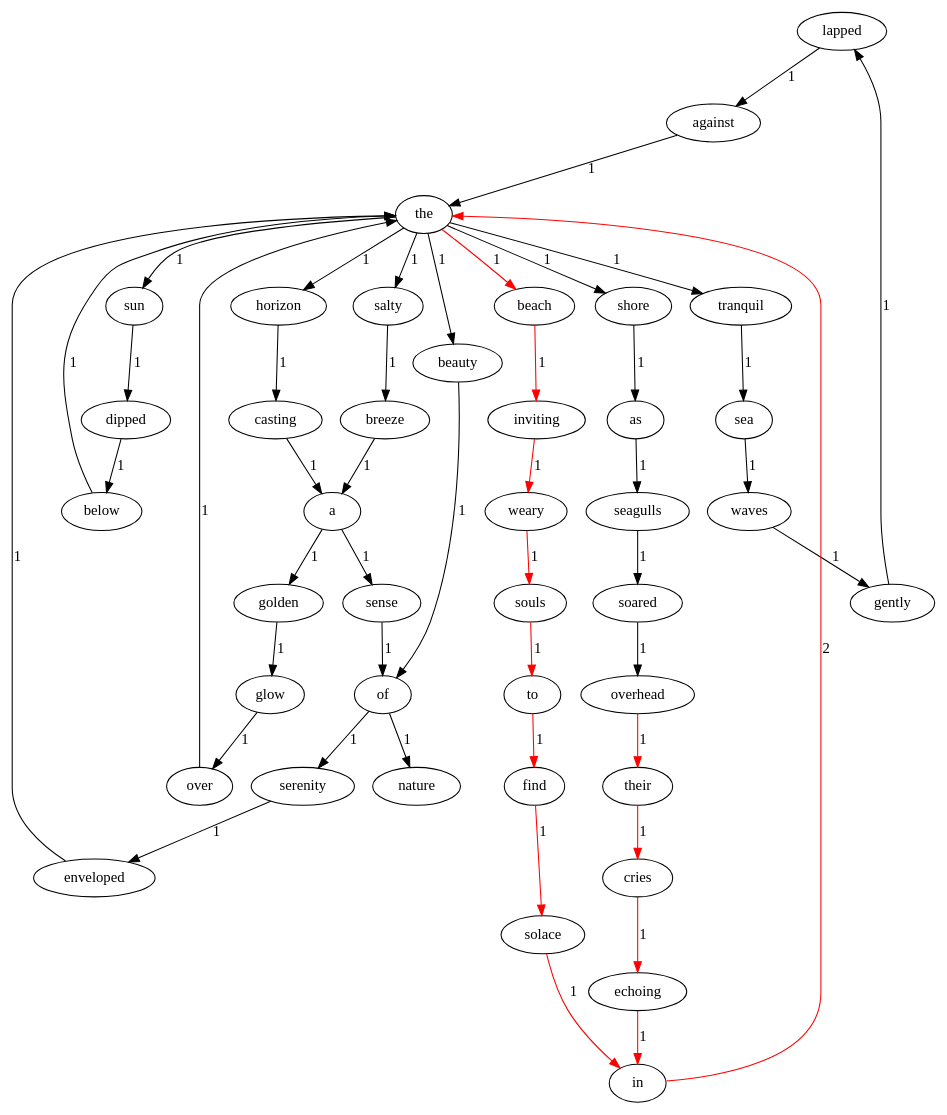
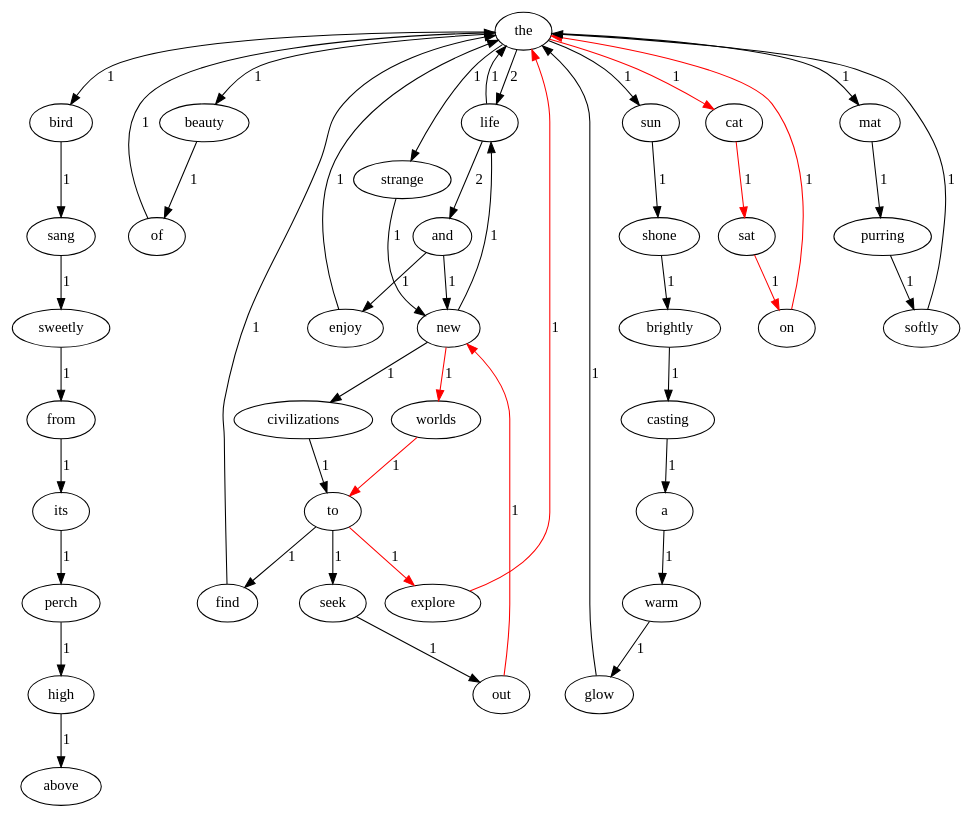
One commit to worldofmathematics/Lab1-2021113314 changed the diagram in result/marked_rand_graph.dot. Above: the diagram before and after it, drawn with Graphviz. The commit also changed 24 other files, not shown here.

```diff
--- a/result/marked_rand_graph.dot
+++ b/result/marked_rand_graph.dot
@@ -1,49 +1,49 @@
 digraph G {
-	lapped -> against [label="1"];
-	serenity -> enveloped [label="1"];
-	dipped -> below [label="1"];
+	sweetly -> from [label="1"];
+	worlds -> to [label="1"] [color=red];
 	beauty -> of [label="1"];
-	against -> the [label="1"];
-	their -> cries [label="1"] [color=red];
-	enveloped -> the [label="1"];
-	sun -> dipped [label="1"];
-	sea -> waves [label="1"];
-	find -> solace [label="1"] [color=red];
-	of -> serenity [label="1"];
-	of -> nature [label="1"];
-	golden -> glow [label="1"];
+	brightly -> casting [label="1"];
+	enjoy -> the [label="1"];
+	seek -> out [label="1"];
+	sun -> shone [label="1"];
+	life -> the [label="1"];
+	life -> and [label="2"];
+	out -> new [label="1"] [color=red];
+	high -> above [label="1"];
+	and -> new [label="1"];
+	and -> enjoy [label="1"];
+	find -> the [label="1"];
+	of -> the [label="1"];
+	cat -> sat [label="1"] [color=red];
+	bird -> sang [label="1"];
 	casting -> a [label="1"];
-	over -> the [label="1"];
-	waves -> gently [label="1"];
-	cries -> echoing [label="1"] [color=red];
-	a -> golden [label="1"];
-	a -> sense [label="1"];
-	salty -> breeze [label="1"];
-	inviting -> weary [label="1"] [color=red];
-	below -> the [label="1"];
-	in -> the [label="2"] [color=red];
-	overhead -> their [label="1"] [color=red];
-	weary -> souls [label="1"] [color=red];
-	shore -> as [label="1"];
-	souls -> to [label="1"] [color=red];
-	tranquil -> sea [label="1"];
-	sense -> of [label="1"];
-	soared -> overhead [label="1"];
-	breeze -> a [label="1"];
-	echoing -> in [label="1"] [color=red];
-	the -> salty [label="1"];
-	the -> horizon [label="1"];
+	from -> its [label="1"];
+	perch -> high [label="1"];
+	civilizations -> to [label="1"];
+	on -> the [label="1"] [color=red];
+	new -> worlds [label="1"] [color=red];
+	new -> civilizations [label="1"];
+	new -> life [label="1"];
+	mat -> purring [label="1"];
+	purring -> softly [label="1"];
+	a -> warm [label="1"];
+	explore -> the [label="1"] [color=red];
+	sat -> on [label="1"] [color=red];
+	its -> perch [label="1"];
+	strange -> new [label="1"];
+	the -> mat [label="1"];
 	the -> beauty [label="1"];
-	the -> beach [label="1"] [color=red];
-	the -> shore [label="1"];
-	the -> tranquil [label="1"];
+	the -> bird [label="1"];
+	the -> cat [label="1"] [color=red];
 	the -> sun [label="1"];
-	horizon -> casting [label="1"];
-	as -> seagulls [label="1"];
-	seagulls -> soared [label="1"];
-	gently -> lapped [label="1"];
-	beach -> inviting [label="1"] [color=red];
-	to -> find [label="1"] [color=red];
-	glow -> over [label="1"];
-	solace -> in [label="1"] [color=red];
+	the -> life [label="2"];
+	the -> strange [label="1"];
+	warm -> glow [label="1"];
+	sang -> sweetly [label="1"];
+	shone -> brightly [label="1"];
+	to -> explore [label="1"] [color=red];
+	to -> find [label="1"];
+	to -> seek [label="1"];
+	glow -> the [label="1"];
+	softly -> the [label="1"];
 }
```
